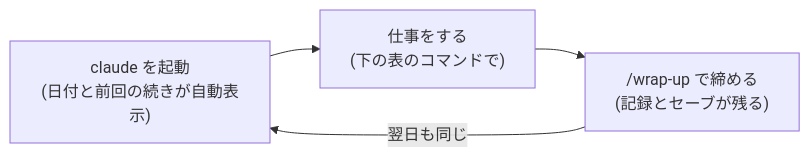
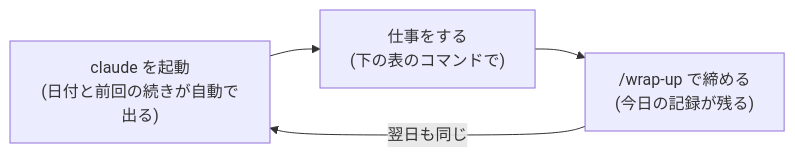
The diagram in README.md (CobaltSato/fde-atlas), drawn with Mermaid before and after one commit. The commit also changed other lines of this file, not shown here.

````diff
--- a/README.md
+++ b/README.md
@@ -24,6 +26,6 @@
 ```mermaid
 flowchart LR
-    A["claude を起動<br/>(日付と前回の続きが自動表示)"] --> B["仕事をする<br/>(下の表のコマンドで)"]
-    B --> C["/wrap-up で締める<br/>(記録とセーブが残る)"]
+    A["claude を起動<br/>(日付と前回の続きが自動で出る)"] --> B["仕事をする<br/>(下の表のコマンドで)"]
+    B --> C["/wrap-up で締める<br/>(今日の記録が残る)"]
     C -->|翌日も同じ| A
 ```
````
